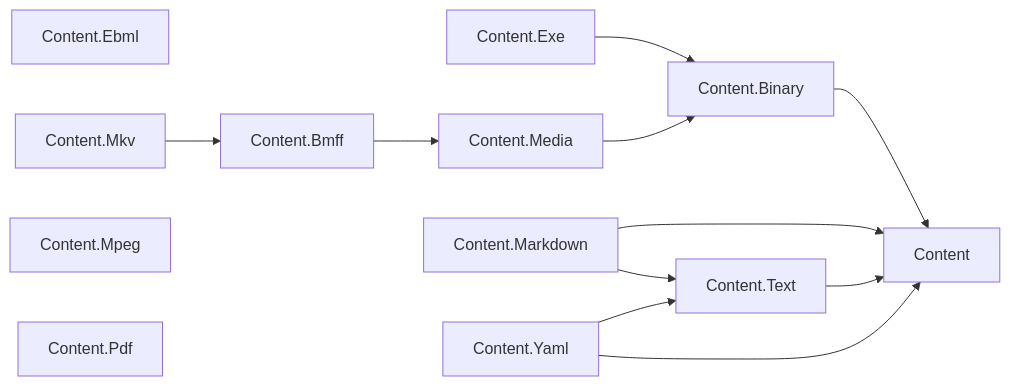
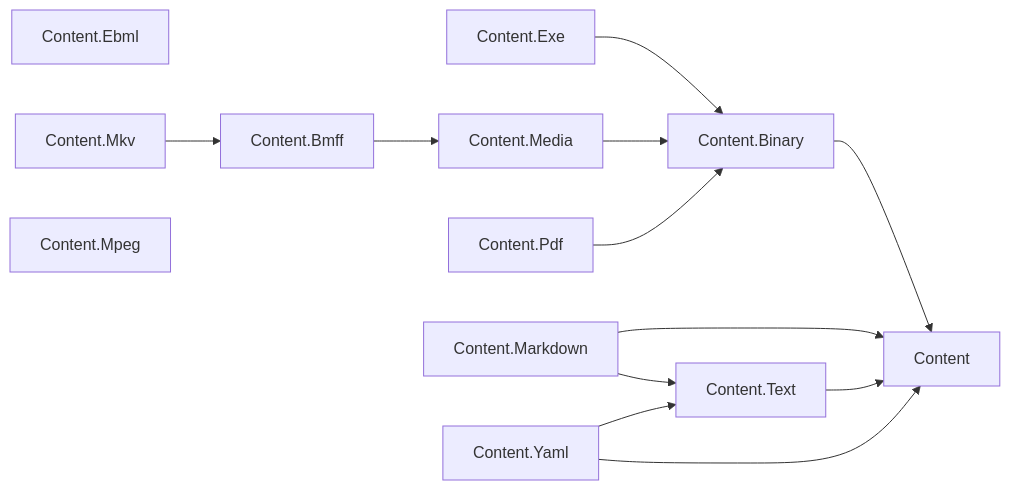
Before and after one commit to assimalign/cohesion: the sixth of 29 diagrams in docs/DEPENDENCIES.md, drawn with Mermaid. The commit also changed other lines of this file and 21 other files, not shown here.

````diff
--- a/docs/DEPENDENCIES.md
+++ b/docs/DEPENDENCIES.md
@@ -293,25 +293,26 @@
 ```mermaid
 flowchart LR
     N0["Content"]
     N1["Content.Binary"]
     N2["Content.Bmff"]
     N3["Content.Ebml"]
     N4["Content.Exe"]
     N5["Content.Markdown"]
     N6["Content.Media"]
     N7["Content.Mkv"]
     N8["Content.Mpeg"]
     N9["Content.Pdf"]
     N10["Content.Text"]
     N11["Content.Yaml"]
     N1 --> N0
     N2 --> N6
     N4 --> N1
     N5 --> N0
     N5 --> N10
     N6 --> N1
     N7 --> N2
+    N9 --> N1
     N10 --> N0
     N11 --> N0
     N11 --> N10
 ```
````
